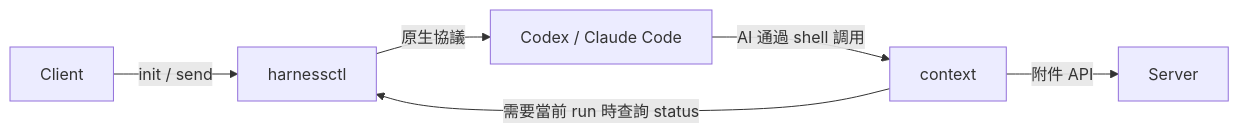
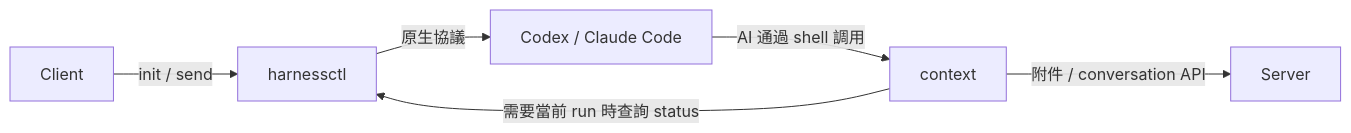
One commit to memory-co/agentuse changed the diagram in docs/client/context.md. Above: the diagram before and after it, drawn with Mermaid. The commit also changed other lines of this file and 116 other files, not shown here.

````diff
--- a/docs/client/context.md
+++ b/docs/client/context.md
@@ -16,8 +16,8 @@
 ```mermaid
 flowchart LR
     C[Client] -->|init / send| H[harnessctl]
     H -->|原生協議| N[Codex / Claude Code]
     N -->|AI 通過 shell 調用| T[context]
     T -->|需要當前 run 時查詢 status| H
-    T -->|附件 API| S[Server]
+    T -->|附件 / conversation API| S[Server]
 ```
````
